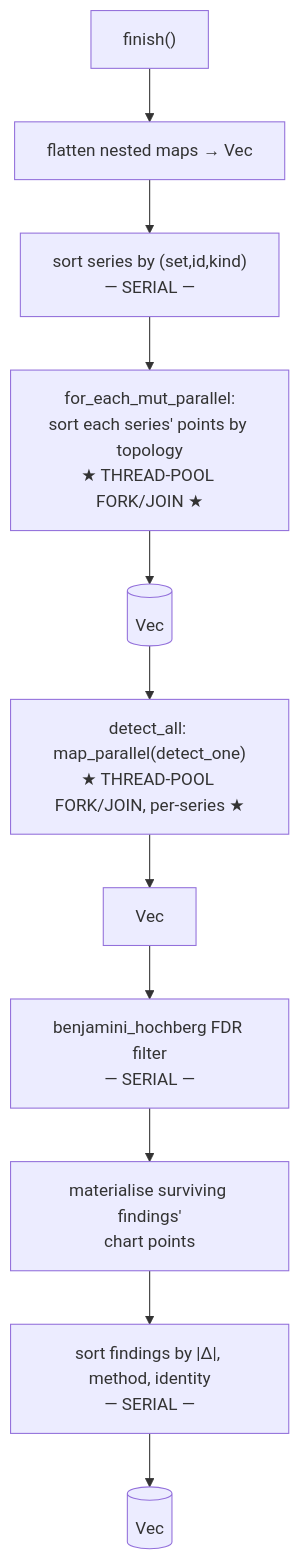
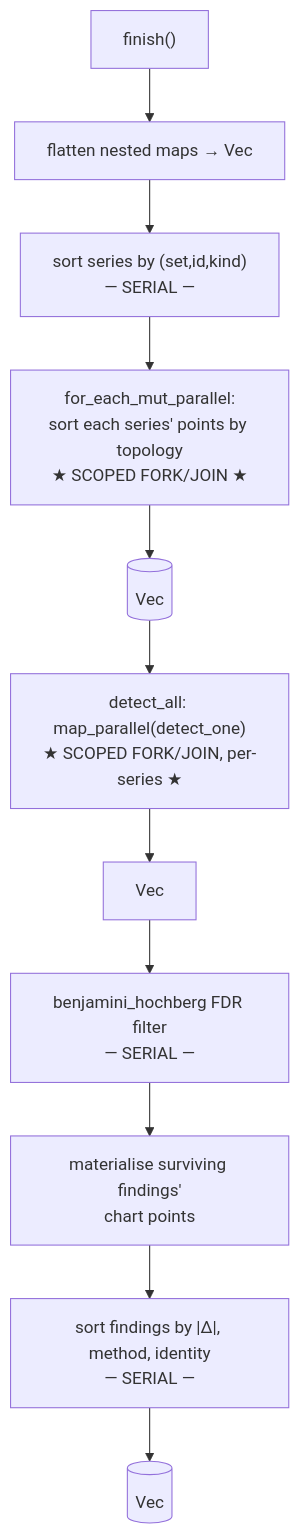
One commit to folo-rs/folo changed the third of 4 diagrams in packages/cargo-bench-history/docs/analyze.md. Above: the diagram before and after it, drawn with Mermaid. The commit also changed other lines of this file and 5 other files, not shown here.

````diff
--- a/packages/cargo-bench-history/docs/analyze.md
+++ b/packages/cargo-bench-history/docs/analyze.md
@@ -126,13 +126,13 @@
 ```mermaid
 flowchart TD
   FIN["finish()"] --> FLAT["flatten nested maps → Vec<Series>"]
   FLAT --> SS["sort series by (set,id,kind)\n— SERIAL —"]
-  SS --> PPS["for_each_mut_parallel:\nsort each series' points by topology\n★ THREAD-POOL FORK/JOIN ★"]
+  SS --> PPS["for_each_mut_parallel:\nsort each series' points by topology\n★ SCOPED FORK/JOIN ★"]
   PPS --> SERIES[("Vec<Series>")]
-  SERIES --> DALL["detect_all: map_parallel(detect_one)\n★ THREAD-POOL FORK/JOIN, per-series ★"]
+  SERIES --> DALL["detect_all: map_parallel(detect_one)\n★ SCOPED FORK/JOIN, per-series ★"]
   DALL --> CANDS["Vec<Candidate>"]
   CANDS --> BH["benjamini_hochberg FDR filter\n— SERIAL —"]
   BH --> MAT["materialise surviving findings'\nchart points"]
   MAT --> SF["sort findings by |Δ|, method, identity\n— SERIAL —"]
   SF --> FINDINGS[("Vec<Finding>")]
 ```
````
